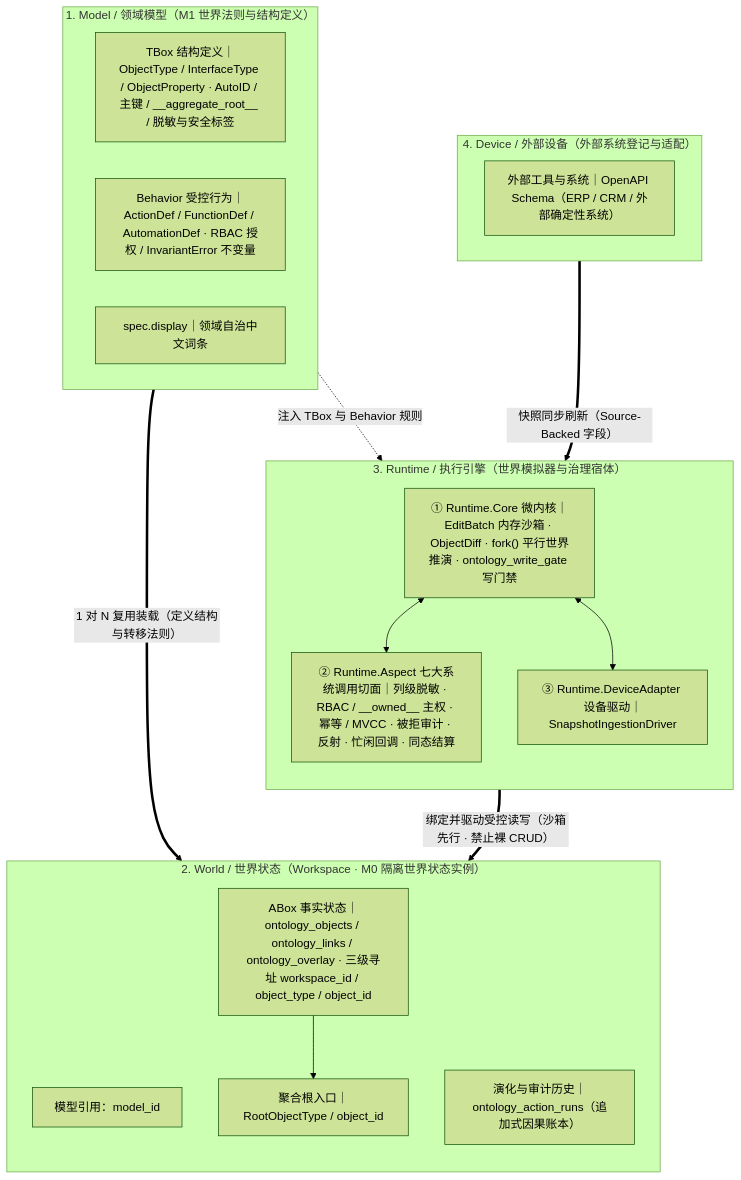
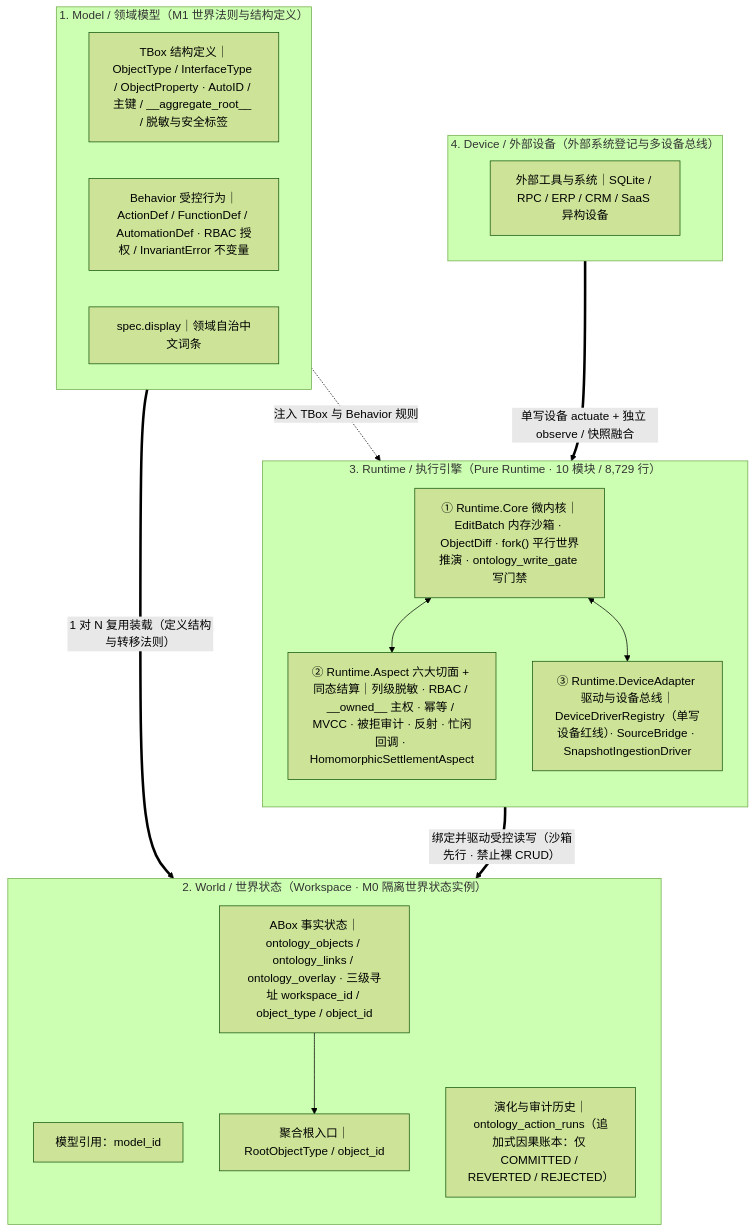
The first of 3 diagrams in docs/ARCHITECTURE.md (guci314/openontology), drawn with Mermaid (forest theme) before and after one commit. The commit also changed other lines of this file and 9 other files, not shown here.

Commit message:
docs(wo-13): sync canonical docs with pure runtime/design split and embed Archify diagram

````diff
--- a/docs/ARCHITECTURE.md
+++ b/docs/ARCHITECTURE.md
@@ -22,37 +28,37 @@
 ```mermaid
 flowchart TB
     subgraph MODEL["1. Model / 领域模型（M1 世界法则与结构定义）"]
         direction LR
         TBOX["TBox 结构定义｜ObjectType / InterfaceType / ObjectProperty · AutoID / 主键 / __aggregate_root__ / 脱敏与安全标签"]
         BEHAVIOR["Behavior 受控行为｜ActionDef / FunctionDef / AutomationDef · RBAC 授权 / InvariantError 不变量"]
         DISPLAY["spec.display｜领域自治中文词条"]
     end
 
     subgraph WORLD["2. World / 世界状态（Workspace · M0 隔离世界状态实例）"]
         direction TB
         MODEL_REF["模型引用：model_id"]
         ABOX["ABox 事实状态｜ontology_objects / ontology_links / ontology_overlay · 三级寻址 workspace_id / object_type / object_id"]
         ROOT["聚合根入口｜RootObjectType / object_id"]
-        HISTORY["演化与审计历史｜ontology_action_runs（追加式因果账本）"]
+        HISTORY["演化与审计历史｜ontology_action_runs（追加式因果账本：仅 COMMITTED / REVERTED / REJECTED）"]
         ABOX --> ROOT
     end
 
-    subgraph RUNTIME["3. Runtime / 执行引擎（世界模拟器与治理宿体）"]
+    subgraph RUNTIME["3. Runtime / 执行引擎（Pure Runtime · 10 模块 / 8,729 行）"]
         direction TB
         CORE["① Runtime.Core 微内核｜EditBatch 内存沙箱 · ObjectDiff · fork() 平行世界推演 · ontology_write_gate 写门禁"]
-        ASPECT["② Runtime.Aspect 七大系统调用切面｜列级脱敏 · RBAC / __owned__ 主权 · 幂等 / MVCC · 被拒审计 · 反射 · 忙闲回调 · 同态结算"]
-        ADAPTER["③ Runtime.DeviceAdapter 设备驱动｜SnapshotIngestionDriver"]
+        ASPECT["② Runtime.Aspect 六大切面 + 同态结算｜列级脱敏 · RBAC / __owned__ 主权 · 幂等 / MVCC · 被拒审计 · 反射 · 忙闲回调 · HomomorphicSettlementAspect"]
+        ADAPTER["③ Runtime.DeviceAdapter 驱动与设备总线｜DeviceDriverRegistry（单写设备红线）· SourceBridge · SnapshotIngestionDriver"]
         CORE <--> ASPECT
         CORE <--> ADAPTER
     end
 
-    subgraph DEVICE["4. Device / 外部设备（外部系统登记与适配）"]
+    subgraph DEVICE["4. Device / 外部设备（外部系统登记与多设备总线）"]
         direction LR
-        SYMBOLIC["外部工具与系统｜OpenAPI Schema（ERP / CRM / 外部确定性系统）"]
+        SYMBOLIC["外部工具与系统｜SQLite / RPC / ERP / CRM / SaaS 异构设备"]
     end
 
     MODEL ==>|"1 对 N 复用装载（定义结构与转移法则）"| WORLD
     MODEL -.->|"注入 TBox 与 Behavior 规则"| CORE
     RUNTIME ==>|"绑定并驱动受控读写（沙箱先行 · 禁止裸 CRUD）"| WORLD
-    SYMBOLIC ==>|"快照同步刷新（Source-Backed 字段）"| ADAPTER
+    SYMBOLIC ==>|"单写设备 actuate + 独立 observe / 快照融合"| ADAPTER
 ```
````
